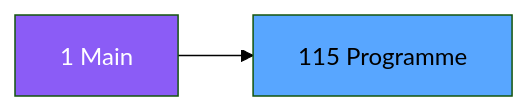
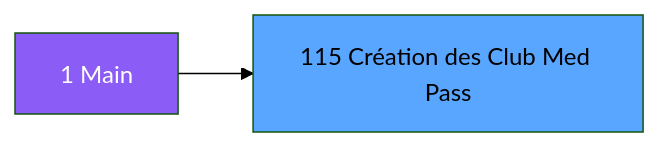
The second of 3 diagrams in .openspec/specs/ADH-IDE-115.md (thonyAGP/magic-migration), drawn with Mermaid (forest theme) before and after one commit. The commit also changed other lines of this file and 323 other files, not shown here.

````diff
--- a/.openspec/specs/ADH-IDE-115.md
+++ b/.openspec/specs/ADH-IDE-115.md
@@ -101,8 +127,8 @@
 ```mermaid
 graph LR
     M[1 Main]
-    T[115 Programme]
+    T[115 Création des Club Med Pass]
     M --> T
     style M fill:#8b5cf6,color:#fff
     style T fill:#58a6ff,color:#000
 ```
````
